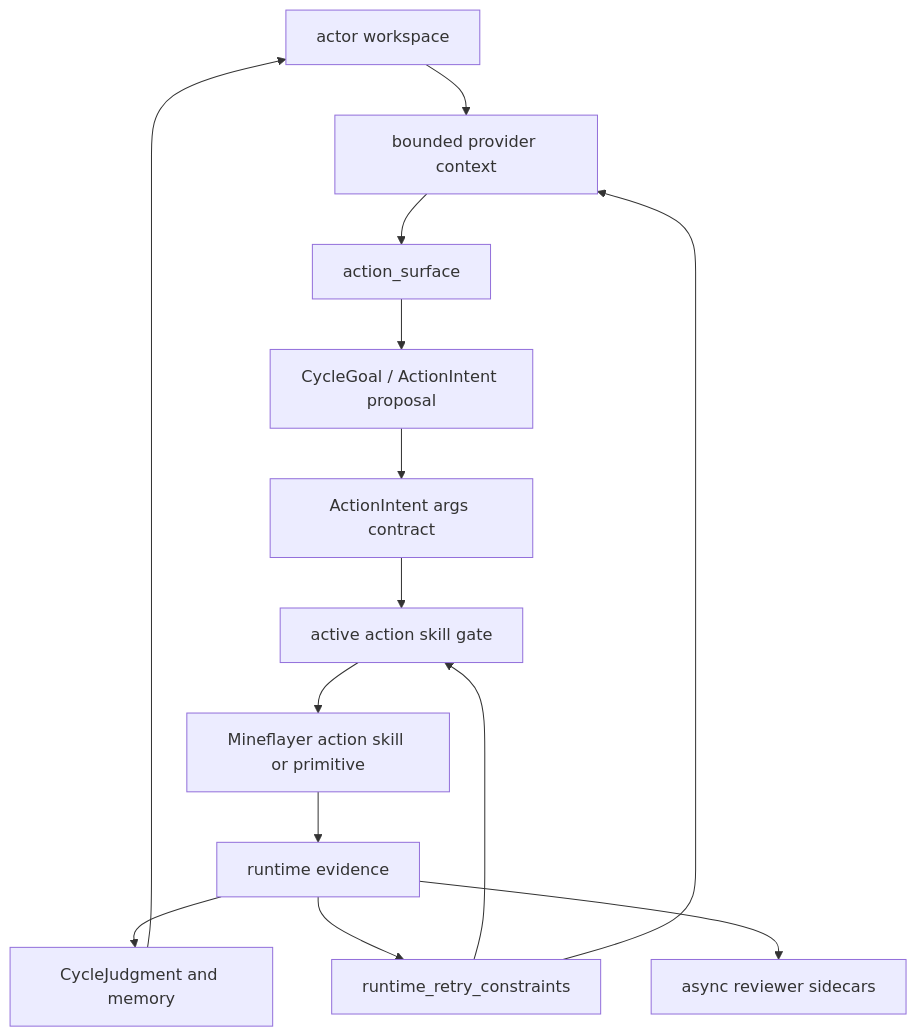
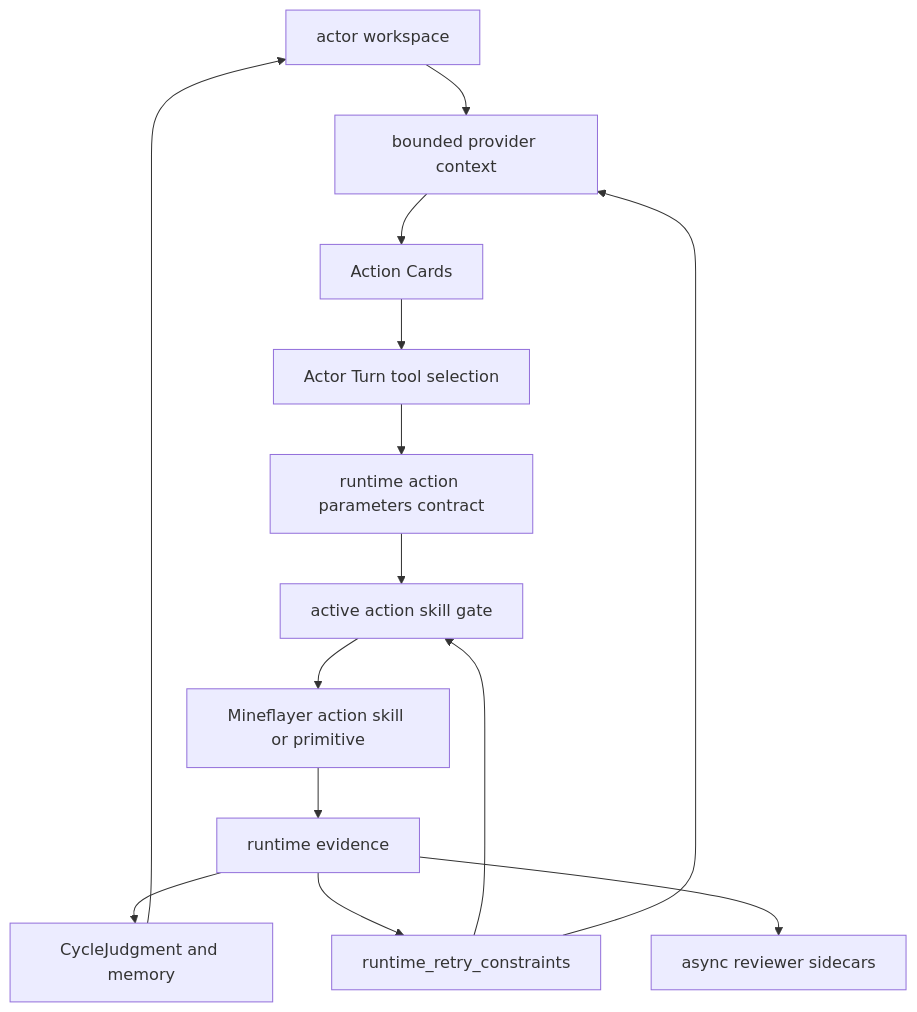
Before and after one commit to gigio1023/minecraft-llm-agent-community: the first of 2 diagrams in docs/blog-doc/intro.md, drawn with Mermaid. The commit also changed other lines of this file and 218 other files, not shown here.

Commit message:
Align Actor Turn tool calling runtime

````diff
--- a/docs/blog-doc/intro.md
+++ b/docs/blog-doc/intro.md
@@ -46,28 +47,28 @@
 ```mermaid
 flowchart TD
   Workspace["actor workspace"]
   Context["bounded provider context"]
-  Surface["action_surface"]
-  Proposal["CycleGoal / ActionIntent proposal"]
+  Cards["Action Cards"]
+  Proposal["Actor Turn tool selection"]
   Gate["active action skill gate"]
   Action["Mineflayer action skill or primitive"]
   Evidence["runtime evidence"]
-  Contract["ActionIntent args contract"]
+  Contract["runtime action parameters contract"]
   Retry["runtime_retry_constraints"]
   Judgment["CycleJudgment and memory"]
   Review["async reviewer sidecars"]
 
   Workspace --> Context
-  Context --> Surface
-  Surface --> Proposal
+  Context --> Cards
+  Cards --> Proposal
   Proposal --> Contract
   Contract --> Gate
   Retry --> Gate
   Gate --> Action
   Action --> Evidence
   Evidence --> Judgment
   Judgment --> Workspace
   Evidence --> Retry
   Retry --> Context
   Evidence --> Review
 ```
````
